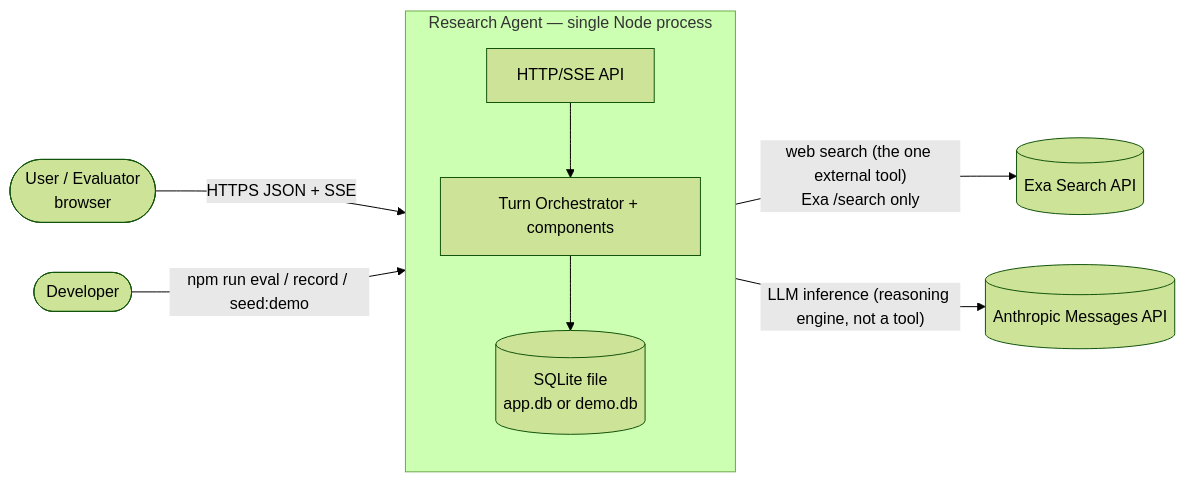
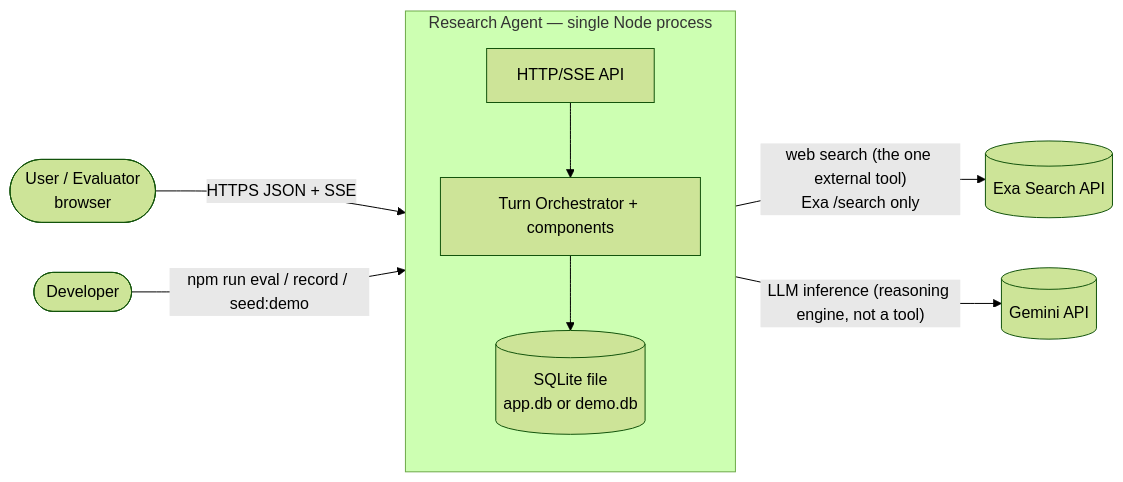
One commit to Ujjwaljain16/recalliq changed the first of 8 diagrams in docs/architecture.md. Above: the diagram before and after it, drawn with Mermaid (forest theme). The commit also changed other lines of this file and 9 other files, not shown here.

Commit message:
Record the Gemini model choice as ADR-45, supersede ADR-14, drop Anthropic wording and fixtures

````diff
--- a/docs/architecture.md
+++ b/docs/architecture.md
@@ -420,14 +420,14 @@
 ```mermaid
 flowchart LR
   user([User / Evaluator<br/>browser]) -- HTTPS JSON + SSE --> app
   subgraph app[Research Agent — single Node process]
     direction TB
     api[HTTP/SSE API]
     core[Turn Orchestrator + components]
     db[(SQLite file<br/>app.db or demo.db)]
     api --> core --> db
   end
   core -- "web search (the one external tool)<br/>Exa /search only" --> exa[(Exa Search API)]
-  core -- "LLM inference (reasoning engine, not a tool)" --> llm[(Anthropic Messages API)]
+  core -- "LLM inference (reasoning engine, not a tool)" --> llm[(Gemini API)]
   dev([Developer]) -- "npm run eval / record / seed:demo" --> app
 ```
````
